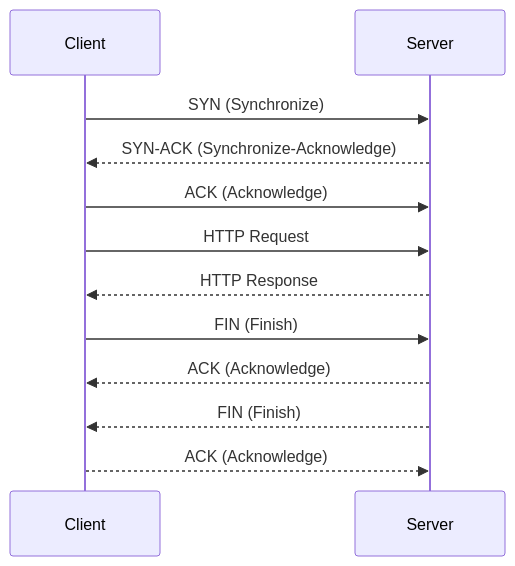
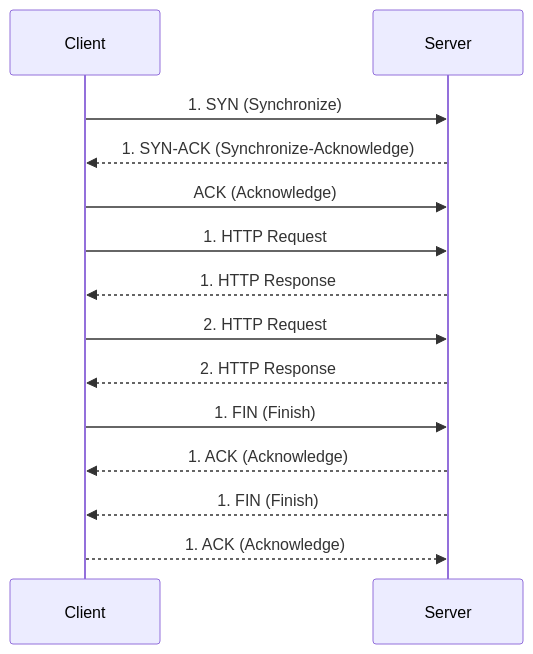
One commit to caltuntas/caltuntas.github.io changed the second of 3 diagrams in _posts/2024-03-04-http-cost-of-tcp-handshake.md. Above: the diagram before and after it, drawn with Mermaid. The commit also changed other lines of this file, not shown here.

Commit message:
2024-03-04-http-cost-of-tcp-handshake.md

````diff
--- a/_posts/2024-03-04-http-cost-of-tcp-handshake.md
+++ b/_posts/2024-03-04-http-cost-of-tcp-handshake.md
@@ -31,15 +69,17 @@
 ```mermaid
 sequenceDiagram
     participant Client
     participant Server
 
-    Client->>Server: SYN (Synchronize)
-    Server-->>Client: SYN-ACK (Synchronize-Acknowledge)
+    Client->>Server: 1. SYN (Synchronize)
+    Server-->>Client: 1. SYN-ACK (Synchronize-Acknowledge)
     Client->>Server: ACK (Acknowledge)
-    Client->>Server: HTTP Request
-    Server-->>Client: HTTP Response
-    Client->>Server: FIN (Finish)
-    Server-->>Client: ACK (Acknowledge)
-    Server-->>Client: FIN (Finish)
-    Client-->>Server: ACK (Acknowledge)
+    Client->>Server: 1. HTTP Request
+    Server-->>Client: 1. HTTP Response
+    Client->>Server: 2. HTTP Request
+    Server-->>Client: 2. HTTP Response
+    Client->>Server: 1. FIN (Finish)
+    Server-->>Client: 1. ACK (Acknowledge)
+    Server-->>Client: 1. FIN (Finish)
+    Client-->>Server: 1. ACK (Acknowledge)
 ```
````
